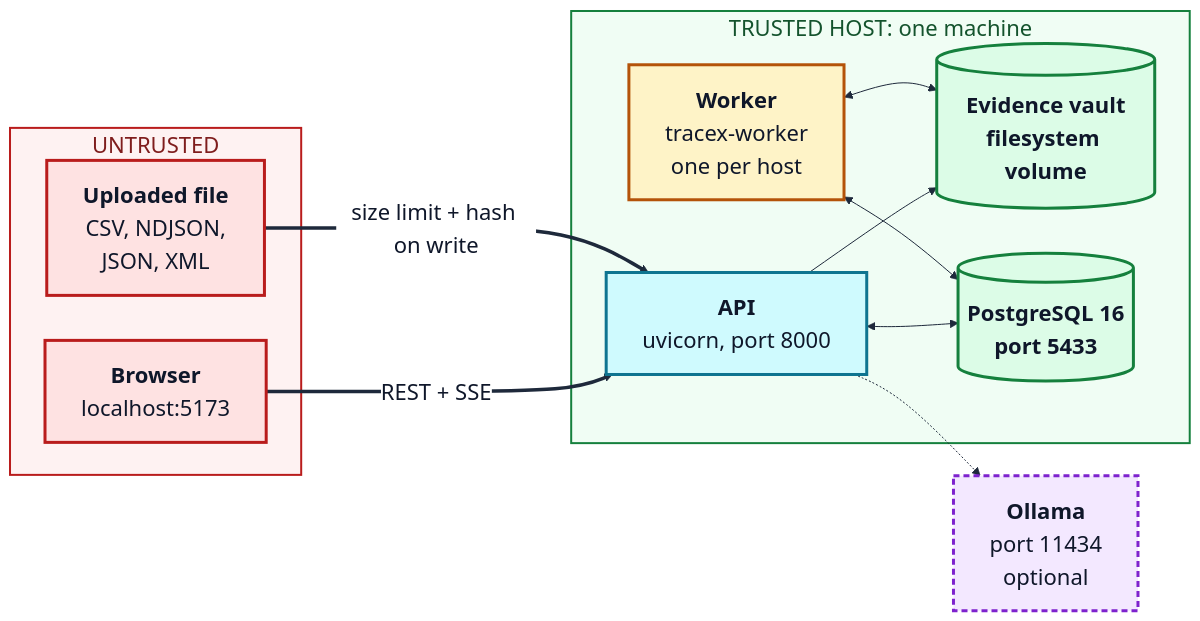
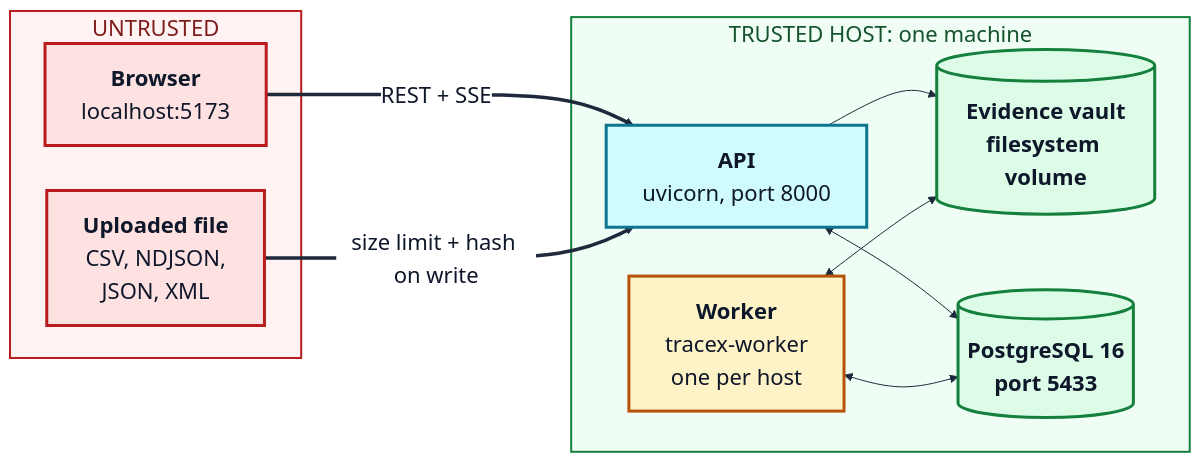
One commit to Shreshtha280407/TraceX changed the second of 4 diagrams in README.md. Above: the diagram before and after it, drawn with Mermaid. The commit also changed other lines of this file and 81 other files, not shown here.

````diff
--- a/README.md
+++ b/README.md
@@ -231,40 +226,37 @@
 ```mermaid
 %%{init: {"theme":"base","themeVariables":{"fontSize":"22px","fontFamily":"Arial, Helvetica, sans-serif","lineColor":"#1E293B","textColor":"#0F172A","primaryTextColor":"#0F172A","edgeLabelBackground":"#FFFFFF"},"flowchart":{"nodeSpacing":45,"rankSpacing":70,"curve":"basis","padding":18}}}%%
 flowchart LR
     subgraph U["UNTRUSTED"]
         B["<b>Browser</b><br/>localhost:5173"]
         F["<b>Uploaded file</b><br/>CSV, NDJSON,<br/>JSON, XML"]
     end
 
     subgraph H["TRUSTED HOST: one machine"]
         API["<b>API</b><br/>uvicorn, port 8000"]
         WK["<b>Worker</b><br/>tracex-worker<br/>one per host"]
         FS[("<b>Evidence vault</b><br/>filesystem volume")]
         DBC[("<b>PostgreSQL 16</b><br/>port 5433")]
     end
 
-    OL["<b>Ollama</b><br/>port 11434<br/>optional"]
 
     B ==>|"REST + SSE"| API
     F ==>|"size limit + hash on write"| API
     API <--> DBC
     API --> FS
     WK <--> DBC
     WK <--> FS
-    API -.-> OL
 
     class B,F risk
     class API api
     class WK worker
     class FS,DBC store
-    class OL ext
     style U fill:#FEF2F2,stroke:#B91C1C,stroke-width:2px,color:#7F1D1D
     style H fill:#F0FDF4,stroke:#15803D,stroke-width:2px,color:#14532D
 
     classDef ui fill:#DBEAFE,stroke:#1D4ED8,stroke-width:3px,color:#0F172A,font-weight:bold
     classDef api fill:#CFFAFE,stroke:#0E7490,stroke-width:3px,color:#0F172A
     classDef worker fill:#FEF3C7,stroke:#B45309,stroke-width:3px,color:#0F172A
     classDef store fill:#DCFCE7,stroke:#15803D,stroke-width:3px,color:#0F172A,font-weight:bold
     classDef ext fill:#F3E8FF,stroke:#7E22CE,stroke-width:3px,stroke-dasharray:6 4,color:#0F172A
     classDef risk fill:#FEE2E2,stroke:#B91C1C,stroke-width:3px,color:#0F172A
 ```
````
